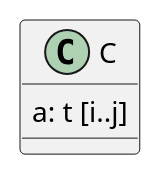
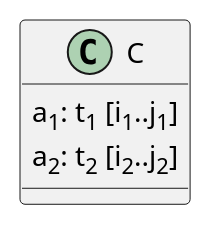
One commit to Sveino/CIM4Diagram changed the second of 12 diagrams in target/voc/linkml/UML2LinkML.adoc. Above: the diagram before and after it, drawn with PlantUML. The commit also changed other lines of this file, not shown here.

```diff
--- a/target/voc/linkml/UML2LinkML.adoc
+++ b/target/voc/linkml/UML2LinkML.adoc
@@ -91,7 +91,8 @@
 [plantuml,width=100]
 ....
 @startuml
 class C
-C : a: t [i..j]
+C : a<sub>1</sub>: t<sub>1</sub> [i<sub>1</sub>..j<sub>1</sub>]
+C : a<sub>2</sub>: t<sub>2</sub> [i<sub>2</sub>..j<sub>2</sub>]
 @enduml
 ....
```
